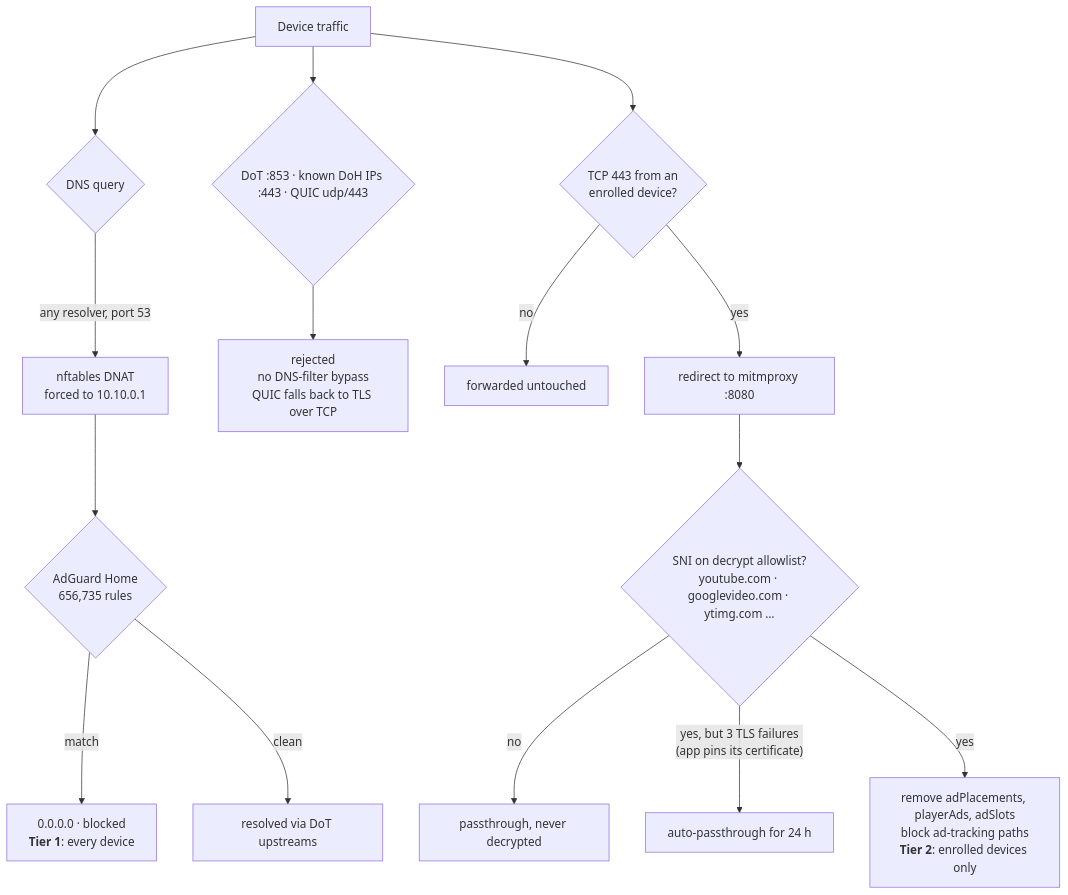
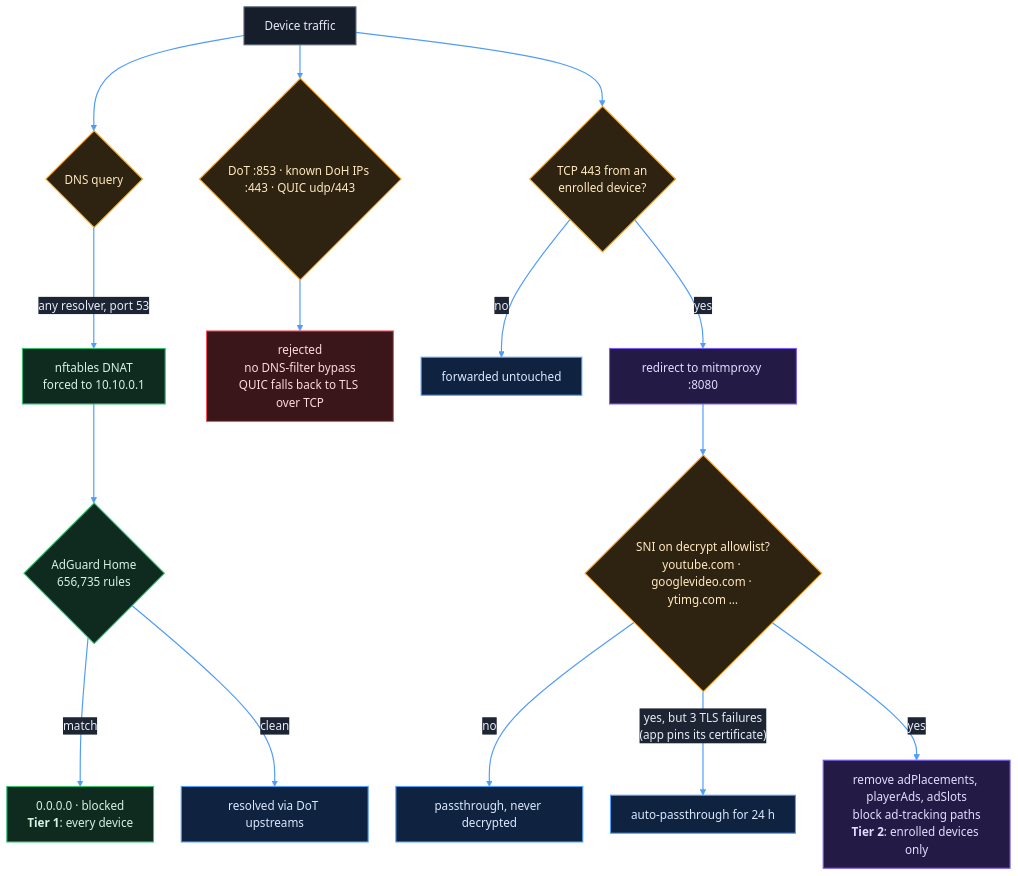
Before and after one commit to MaheshwariKushagra/securepi-gateway: the sixth of 7 diagrams in README.md, drawn with Mermaid. The commit also changed other lines of this file, not shown here.

First line of the commit message:
Colour the README's Mermaid diagrams with the console palette

````diff
--- a/README.md
+++ b/README.md
@@ -333,19 +397,34 @@
 ```mermaid
+%%{init: {'theme':'base','themeVariables':{'primaryColor':'#161d2b','primaryTextColor':'#e6ecf5','primaryBorderColor':'#2e3a50','secondaryColor':'#111722','tertiaryColor':'#0d121b','lineColor':'#4f9cf9','clusterBkg':'#0d121b','clusterBorder':'#2e3a50','titleColor':'#aab6c8','edgeLabelBackground':'#1d2534','textColor':'#8d99ad'},'flowchart':{'curve':'basis','padding':14,'nodeSpacing':38,'rankSpacing':46}}}%%
 flowchart TD
     Q["Device traffic"] --> DNS{"DNS query"}
     DNS -->|"any resolver, port 53"| DNAT["nftables DNAT<br/>forced to 10.10.0.1"]
     DNAT --> AGH{"AdGuard Home<br/>656,735 rules"}
     AGH -->|match| BLK["0.0.0.0 · blocked<br/><b>Tier 1</b>: every device"]
     AGH -->|clean| OK["resolved via DoT upstreams"]
 
     Q --> BYP{"DoT :853 · known DoH IPs :443 · QUIC udp/443"}
     BYP --> REJ["rejected<br/>no DNS-filter bypass<br/>QUIC falls back to TLS over TCP"]
 
     Q --> TLS{"TCP 443 from an<br/>enrolled device?"}
     TLS -->|no| FWD["forwarded untouched"]
     TLS -->|yes| MITM["redirect to mitmproxy :8080"]
     MITM --> SNI{"SNI on decrypt allowlist?<br/>youtube.com · googlevideo.com · ytimg.com …"}
     SNI -->|no| PASS["passthrough, never decrypted"]
     SNI -->|"yes, but 3 TLS failures<br/>(app pins its certificate)"| PIN["auto-passthrough for 24 h"]
     SNI -->|yes| STRIP["remove adPlacements, playerAds, adSlots<br/>block ad-tracking paths<br/><b>Tier 2</b>: enrolled devices only"]
+
+    classDef ext fill:#161d2b,stroke:#5a6679,stroke-width:1.5px,color:#e6ecf5
+    classDef sensor fill:#0f2a1f,stroke:#2fbf71,stroke-width:1.5px,color:#d5f5e3
+    classDef pipe fill:#0f2240,stroke:#4f9cf9,stroke-width:1.5px,color:#dbe9ff
+    classDef store fill:#231b45,stroke:#7b5cf0,stroke-width:1.5px,color:#e4dcff
+    classDef detect fill:#2e2210,stroke:#f5a524,stroke-width:1.5px,color:#ffe9c2
+    classDef danger fill:#3a1519,stroke:#f2545b,stroke-width:1.5px,color:#ffd9db
+    class Q ext
+    class DNS,BYP,TLS,SNI detect
+    class DNAT,AGH,BLK sensor
+    class OK,FWD,PASS,PIN pipe
+    class REJ danger
+    class MITM,STRIP store
+    linkStyle default stroke:#4f9cf9,stroke-width:1.6px
 ```
````
